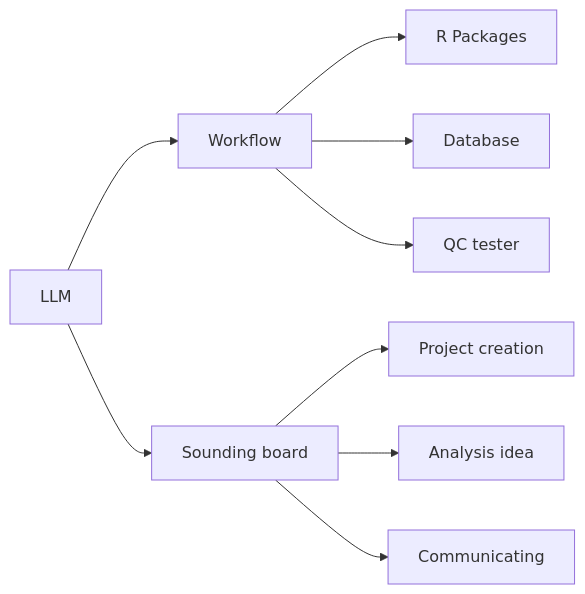
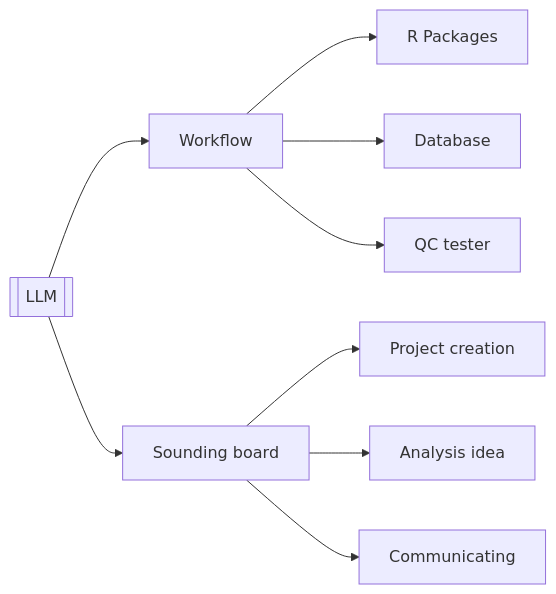
The fifth of 5 diagrams in module1.qmd (bfanson/2026_Workshops), drawn with Mermaid before and after one commit. The commit also changed other lines of this file and 6 other files, not shown here.

````diff
--- a/module1.qmd
+++ b/module1.qmd
@@ -171,20 +259,20 @@
 ```{mermaid}
 %%| label: fig-uses
 %%| fig-cap: Thinking about Agent roles
 
 graph LR
 
-    AI["LLM"]
+    AI[["LLM"]]
 
     AI --> WF["Workflow"]
     AI --> TH["Sounding board"]
 
     WF --> Pkg["R Packages"]
     WF --> Db["Database"]
     WF --> QC["QC tester"]
 
     TH --> PI["Project creation"]
     TH --> SAP["Analysis idea"]
     TH --> PR["Communicating"]
 
 ```
````
